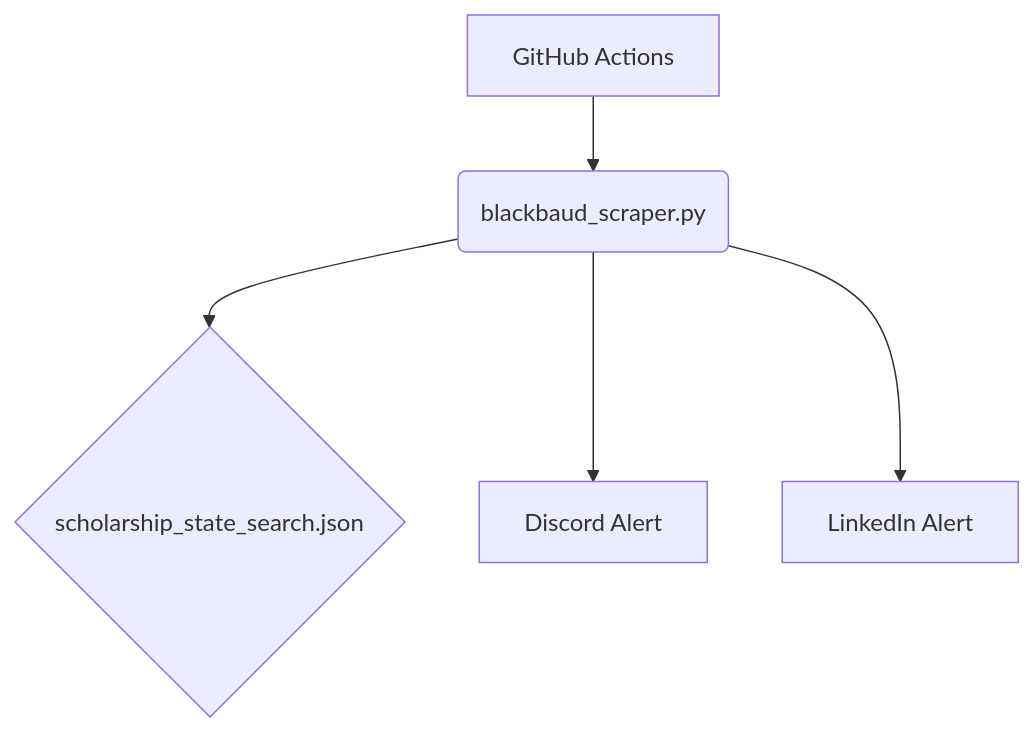
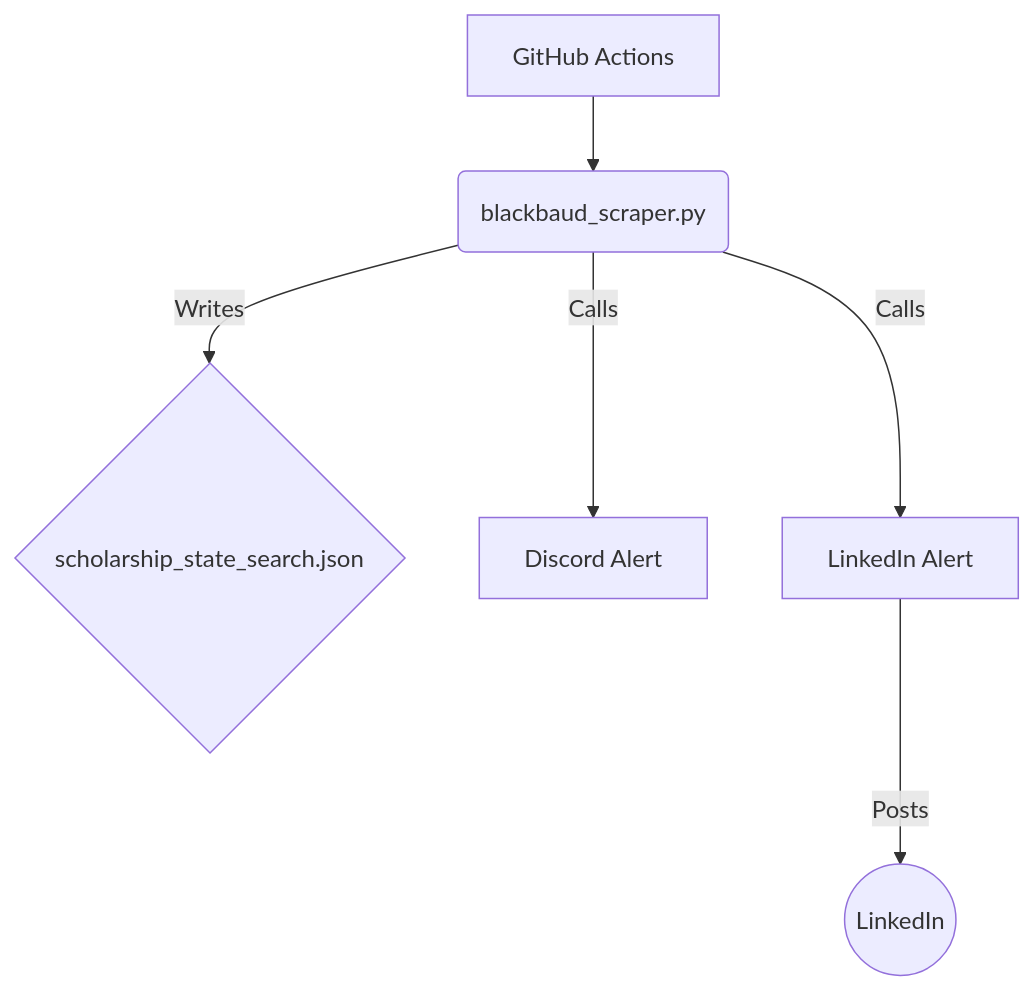
Before and after one commit to corruptcache/scholarship-sentinel: the diagram in README.md, drawn with Mermaid. The commit also changed 3 other files, not shown here.

````diff
--- a/README.md
+++ b/README.md
@@ -13,7 +13,8 @@
 ```mermaid
 graph TD
     A[GitHub Actions] --> B(blackbaud_scraper.py);
-    B --> C{scholarship_state_search.json};
-    B --> D[Discord Alert];
-    B --> E[LinkedIn Alert];
+    B -- Writes --> C{scholarship_state_search.json};
+    B -- Calls --> D[Discord Alert];
+    B -- Calls --> E[LinkedIn Alert];
+    E -- Posts --> F((LinkedIn));
 ```
````
